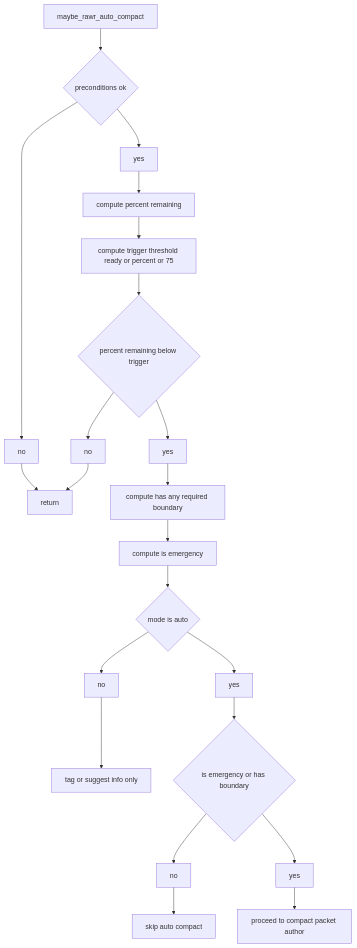
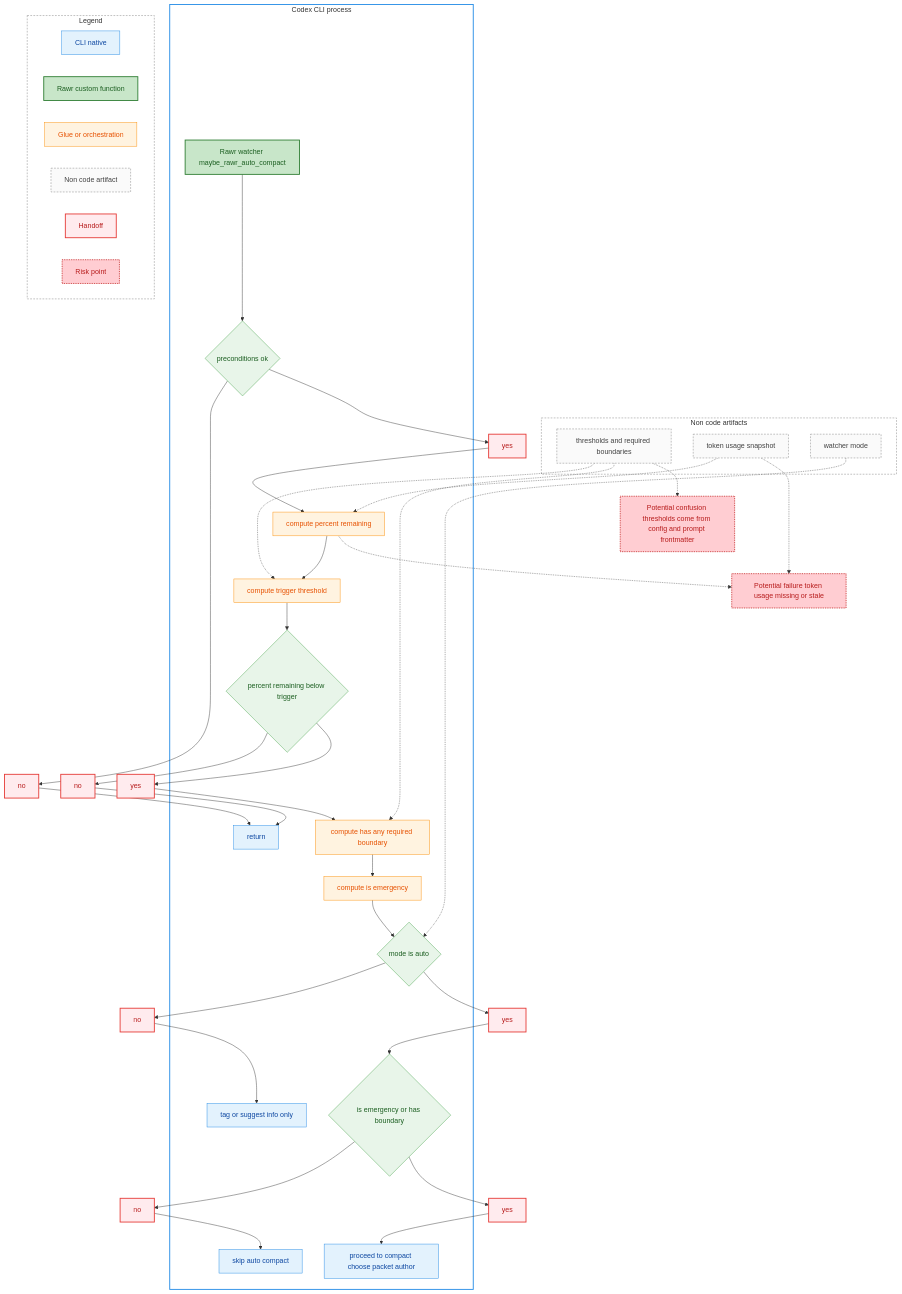
Before and after one commit to rawr-ai/codex: the fourth of 9 diagrams in rawr/issues/ISSUE-auto-compaction-handoff-workflow.md, drawn with Mermaid. The commit also changed other lines of this file, not shown here.

Commit message:
docs(rawr): annotate workflows with responsibilities

````diff
--- a/rawr/issues/ISSUE-auto-compaction-handoff-workflow.md
+++ b/rawr/issues/ISSUE-auto-compaction-handoff-workflow.md
@@ -171,24 +343,82 @@
 ```mermaid
 graph TD
-  A[maybe_rawr_auto_compact] --> B{preconditions ok}
-  B --> B_no[no]
-  B_no --> C[return]
-  B --> B_yes[yes]
-  B_yes --> D[compute percent remaining]
-  D --> E[compute trigger threshold ready or percent or 75]
-  E --> F{percent remaining below trigger}
-  F --> F_no[no]
-  F_no --> C
-  F --> F_yes[yes]
-  F_yes --> G[compute has any required boundary]
-  G --> H[compute is emergency]
-  H --> I{mode is auto}
-  I --> I_no[no]
-  I_no --> J[tag or suggest info only]
-  I --> I_yes[yes]
-  I_yes --> K{is emergency or has boundary}
-  K --> K_no[no]
-  K_no --> L[skip auto compact]
-  K --> K_yes[yes]
-  K_yes --> M[proceed to compact packet author]
+  subgraph ART[Non code artifacts]
+    CFG3[thresholds and required boundaries]
+    TOK1[token usage snapshot]
+    MODE1[watcher mode]
+  end
+
+  subgraph CLI[Codex CLI process]
+    A[Rawr watcher maybe_rawr_auto_compact]
+    B{preconditions ok}
+    C[return]
+    D[compute percent remaining]
+    E[compute trigger threshold]
+    F{percent remaining below trigger}
+    G[compute has any required boundary]
+    H[compute is emergency]
+    I{mode is auto}
+    J[tag or suggest info only]
+    L[skip auto compact]
+    M[proceed to compact choose packet author]
+    K{is emergency or has boundary}
+  end
+
+  CFG3 -.-> E
+  CFG3 -.-> G
+  TOK1 -.-> D
+  MODE1 -.-> I
+
+  A --> B
+  B --> B_no[no] --> C
+  B --> B_yes[yes] --> D --> E --> F
+  F --> F_no[no] --> C
+  F --> F_yes[yes] --> G --> H --> I
+  I --> I_no[no] --> J
+  I --> I_yes[yes] --> K
+  K --> K_no[no] --> L
+  K --> K_yes[yes] --> M
+
+  R4[Potential failure token usage missing or stale]
+  TOK1 -.-> R4
+  D -.-> R4
+
+  R5[Potential confusion thresholds come from config and prompt frontmatter]
+  CFG3 -.-> R5
+
+  subgraph Legend[Legend]
+    L1[CLI native]
+    L2[Rawr custom function]
+    L3[Glue or orchestration]
+    L4[Non code artifact]
+    L5[Handoff]
+    L6[Risk point]
+  end
+
+  classDef native fill:#E3F2FD,stroke:#1E88E5,color:#0D47A1;
+  classDef custom fill:#E8F5E9,stroke:#43A047,color:#1B5E20;
+  classDef customFn fill:#C8E6C9,stroke:#2E7D32,stroke-width:2px,color:#1B5E20;
+  classDef glue fill:#FFF3E0,stroke:#FB8C00,color:#E65100;
+  classDef artifact fill:#FAFAFA,stroke:#757575,stroke-dasharray:4 3,color:#424242;
+  classDef handoff fill:#FFEBEE,stroke:#E53935,stroke-width:2px,color:#B71C1C;
+  classDef risk fill:#FFCDD2,stroke:#C62828,stroke-width:2px,stroke-dasharray:2 2,color:#B71C1C;
+
+  class A customFn;
+  class B,F,I,K custom;
+  class D,E,G,H glue;
+  class C,J,L,M native;
+  class B_yes,B_no,F_yes,F_no,I_yes,I_no,K_yes,K_no handoff;
+  class CFG3,TOK1,MODE1 artifact;
+  class R4,R5 risk;
+
+  class L1 native;
+  class L2 customFn;
+  class L3 glue;
+  class L4 artifact;
+  class L5 handoff;
+  class L6 risk;
+
+  style CLI fill:#ffffff,stroke:#1E88E5,stroke-width:2px;
+  style ART fill:#ffffff,stroke:#757575,stroke-width:1px,stroke-dasharray:4 3;
+  style Legend fill:#ffffff,stroke:#757575,stroke-width:1px,stroke-dasharray:4 3;
 ```
````
